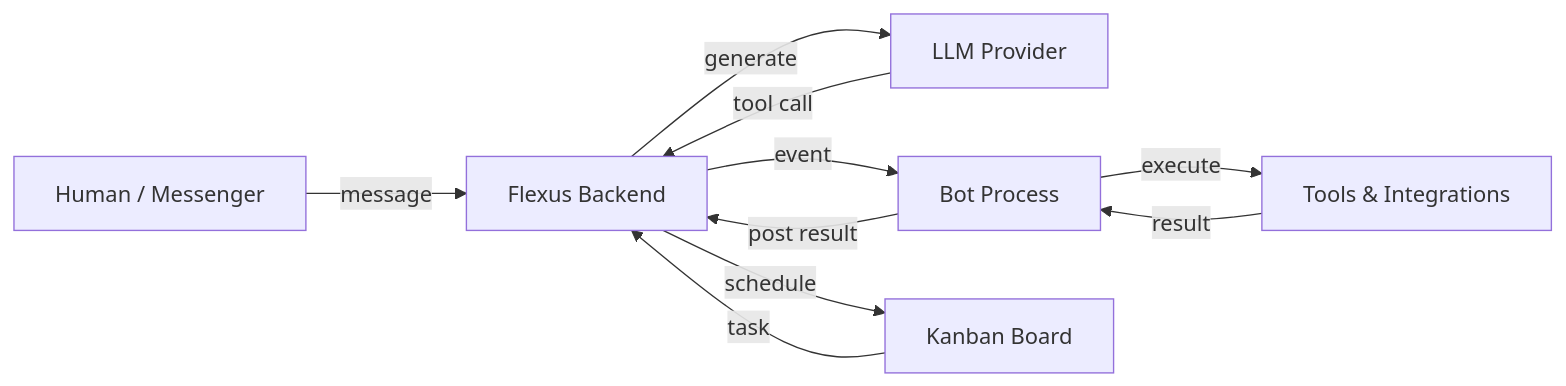
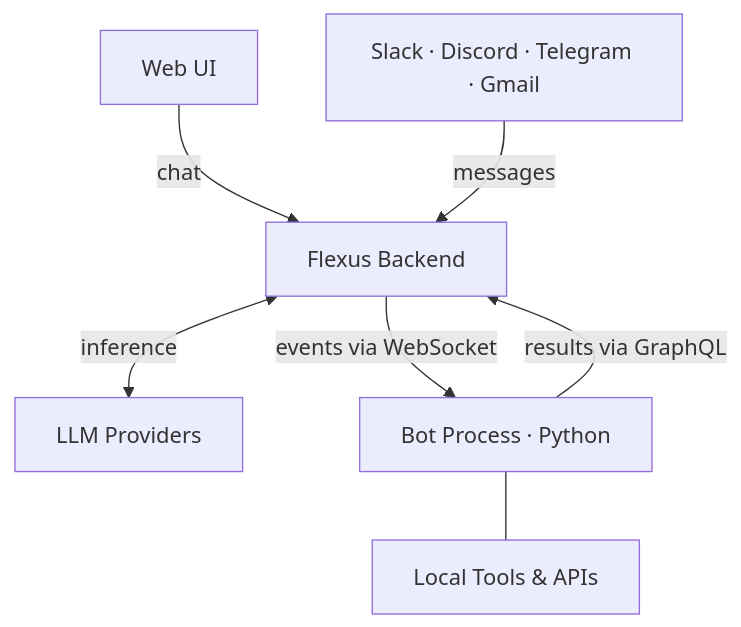
One commit to smallcloudai/flexus-client-kit changed the diagram in README.md. Above: the diagram before and after it, drawn with Mermaid. The commit also changed other lines of this file, not shown here.

Commit message:
Improve README: modern stack details, accurate diagram, marketplace link

````diff
--- a/README.md
+++ b/README.md
@@ -29,12 +31,9 @@
 ```mermaid
-graph LR
-    User[Human / Messenger] -->|message| Backend[Flexus Backend]
-    Backend -->|generate| LLM[LLM Provider]
-    LLM -->|tool call| Backend
-    Backend -->|event| Bot[Bot Process]
-    Bot -->|execute| Tools[Tools & Integrations]
-    Tools -->|result| Bot
-    Bot -->|post result| Backend
-    Backend -->|schedule| Kanban[Kanban Board]
-    Kanban -->|task| Backend
+graph TB
+    UI[Web UI] -->|chat| BE[Flexus Backend]
+    Msg[Slack · Discord · Telegram · Gmail] -->|messages| BE
+    BE <-->|inference| LLM[LLM Providers]
+    BE -->|events via WebSocket| Bot[Bot Process · Python]
+    Bot -->|results via GraphQL| BE
+    Bot --- Tools[Local Tools & APIs]
 ```
````
